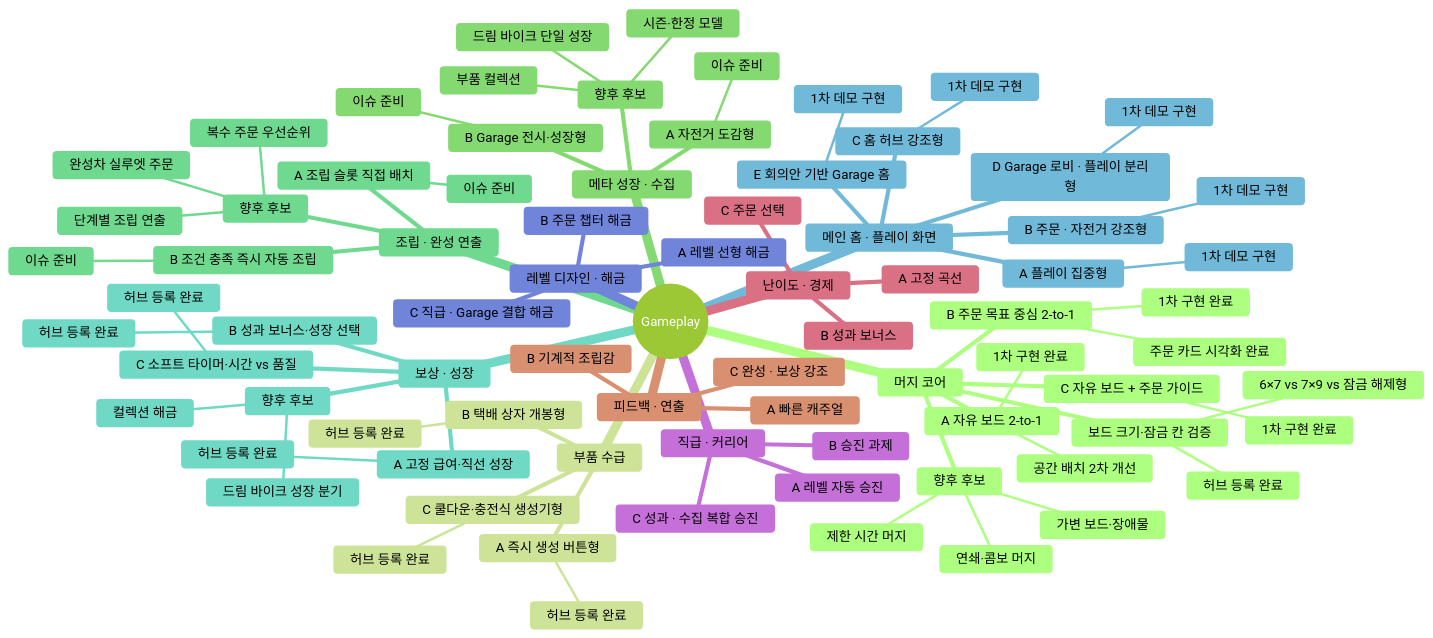
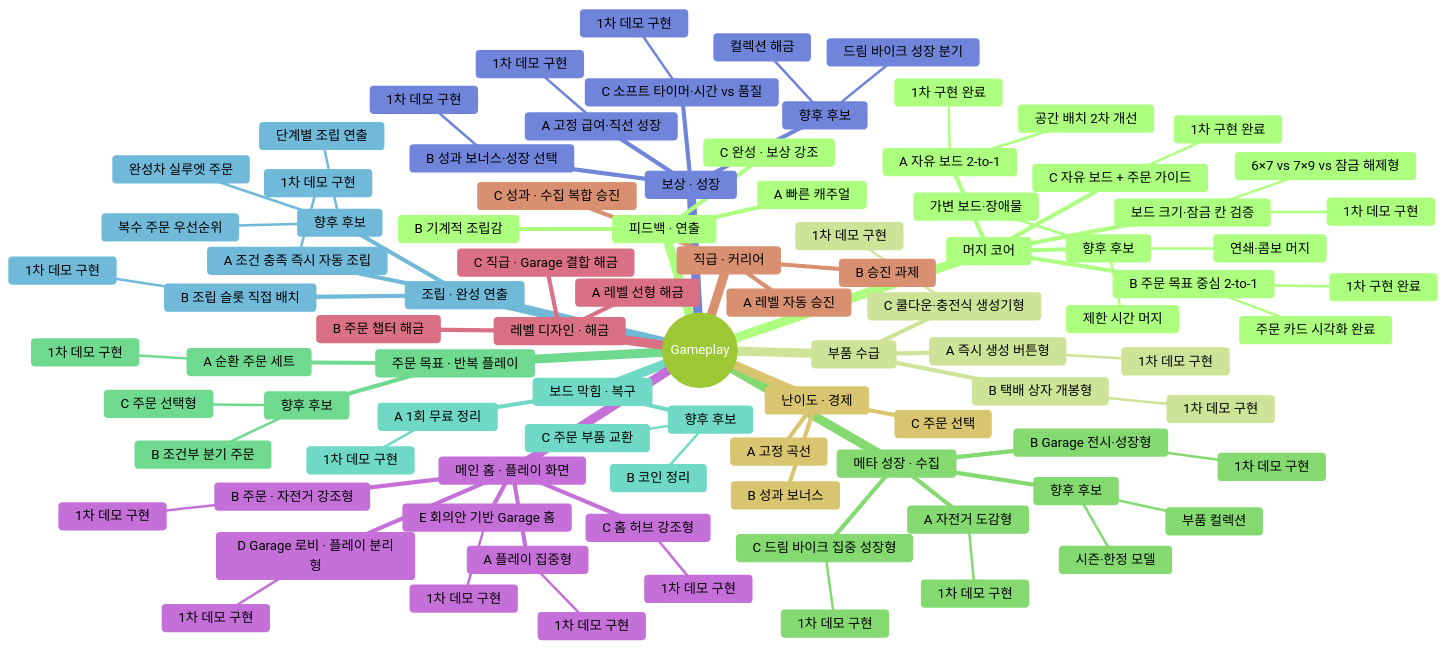
The second of 5 diagrams in docs/LAB_PROTOTYPE_MAP.md (aigemro/dream-bike-garage-lab), drawn with Mermaid (forest theme) before and after one commit. The commit also changed other lines of this file and 1 other file, not shown here.

```diff
--- a/docs/LAB_PROTOTYPE_MAP.md
+++ b/docs/LAB_PROTOTYPE_MAP.md
@@ -73,43 +73,56 @@
         1차 구현 완료
       보드 크기·잠금 칸 검증
         6×7 vs 7×9 vs 잠금 해제형
-        허브 등록 완료
+        1차 데모 구현
       향후 후보
         연쇄·콤보 머지
         제한 시간 머지
         가변 보드·장애물
     부품 수급
       A 즉시 생성 버튼형
-        허브 등록 완료
+        1차 데모 구현
       B 택배 상자 개봉형
-        허브 등록 완료
+        1차 데모 구현
       C 쿨다운·충전식 생성기형
-        허브 등록 완료
+        1차 데모 구현
     메타 성장 · 수집
       A 자전거 도감형
-        이슈 준비
+        1차 데모 구현
       B Garage 전시·성장형
-        이슈 준비
+        1차 데모 구현
+      C 드림 바이크 집중 성장형
+        1차 데모 구현
       향후 후보
-        드림 바이크 단일 성장
         부품 컬렉션
         시즌·한정 모델
+    주문 목표 · 반복 플레이
+      A 순환 주문 세트
+        1차 데모 구현
+      향후 후보
+        B 조건부 분기 주문
+        C 주문 선택형
+    보드 막힘 · 복구
+      A 1회 무료 정리
+        1차 데모 구현
+      향후 후보
+        B 코인 정리
+        C 주문 부품 교환
     조립 · 완성 연출
-      A 조립 슬롯 직접 배치
-        이슈 준비
-      B 조건 충족 즉시 자동 조립
-        이슈 준비
+      A 조건 충족 즉시 자동 조립
+        1차 데모 구현
+      B 조립 슬롯 직접 배치
+        1차 데모 구현
       향후 후보
         단계별 조립 연출
         완성차 실루엣 주문
         복수 주문 우선순위
     보상 · 성장
       A 고정 급여·직선 성장
-        허브 등록 완료
+        1차 데모 구현
       B 성과 보너스·성장 선택
-        허브 등록 완료
+        1차 데모 구현
       C 소프트 타이머·시간 vs 품질
-        허브 등록 완료
+        1차 데모 구현
       향후 후보
         컬렉션 해금
         드림 바이크 성장 분기
```
